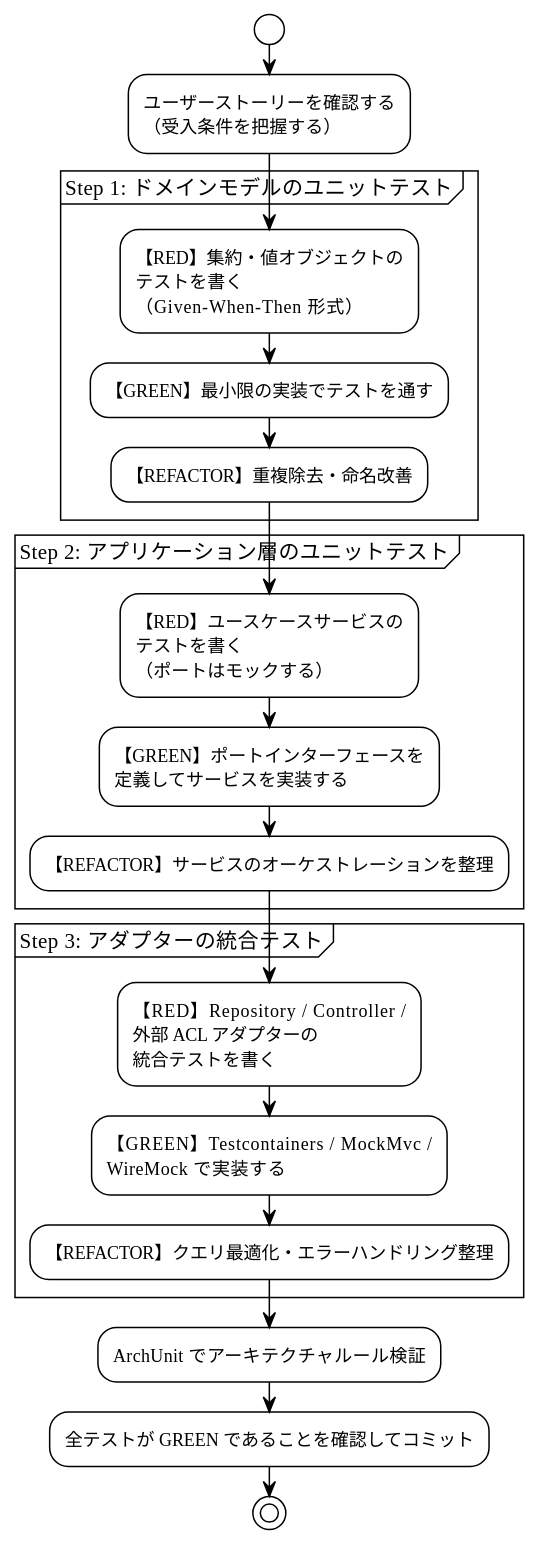
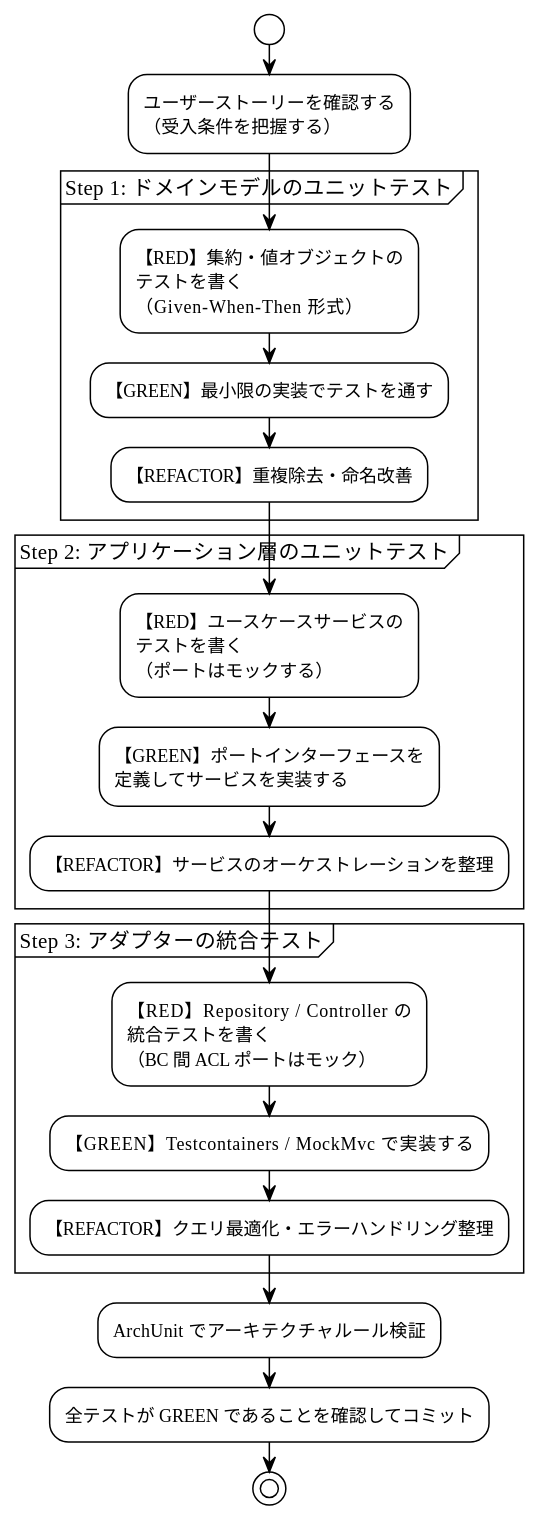
One commit to k2works/case-study-cargo-tracker changed the fourth of 4 diagrams in docs/design/test_strategy.md. Above: the diagram before and after it, drawn with PlantUML. The commit also changed other lines of this file, not shown here.

````diff
--- a/docs/design/test_strategy.md
+++ b/docs/design/test_strategy.md
@@ -973,31 +778,31 @@
 ```plantuml
 @startuml
 !theme plain
 
 start
 :ユーザーストーリーを確認する\n（受入条件を把握する）;
 
 group Step 1: ドメインモデルのユニットテスト
   :【RED】集約・値オブジェクトの\nテストを書く\n（Given-When-Then 形式）;
   :【GREEN】最小限の実装でテストを通す;
   :【REFACTOR】重複除去・命名改善;
 end group
 
 group Step 2: アプリケーション層のユニットテスト
   :【RED】ユースケースサービスの\nテストを書く\n（ポートはモックする）;
   :【GREEN】ポートインターフェースを\n定義してサービスを実装する;
   :【REFACTOR】サービスのオーケストレーションを整理;
 end group
 
 group Step 3: アダプターの統合テスト
-  :【RED】Repository / Controller /\n外部 ACL アダプターの\n統合テストを書く;
-  :【GREEN】Testcontainers / MockMvc /\nWireMock で実装する;
+  :【RED】Repository / Controller の\n統合テストを書く\n（BC 間 ACL ポートはモック）;
+  :【GREEN】Testcontainers / MockMvc で実装する;
   :【REFACTOR】クエリ最適化・エラーハンドリング整理;
 end group
 
 :ArchUnit でアーキテクチャルール検証;
 :全テストが GREEN であることを確認してコミット;
 stop
 
 @enduml
 ```
````
